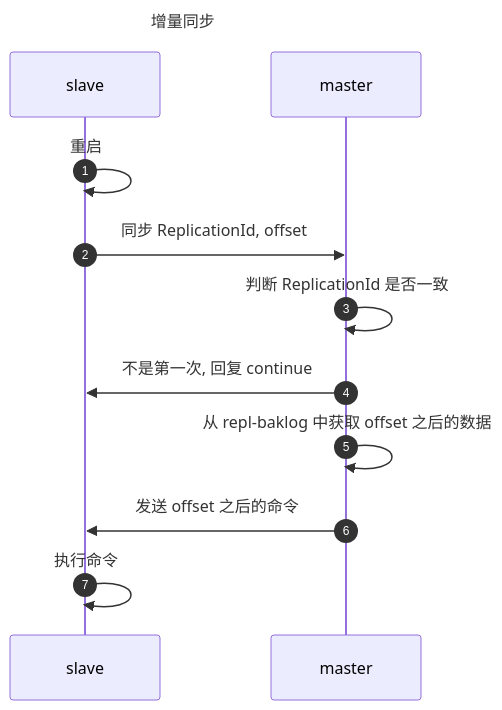
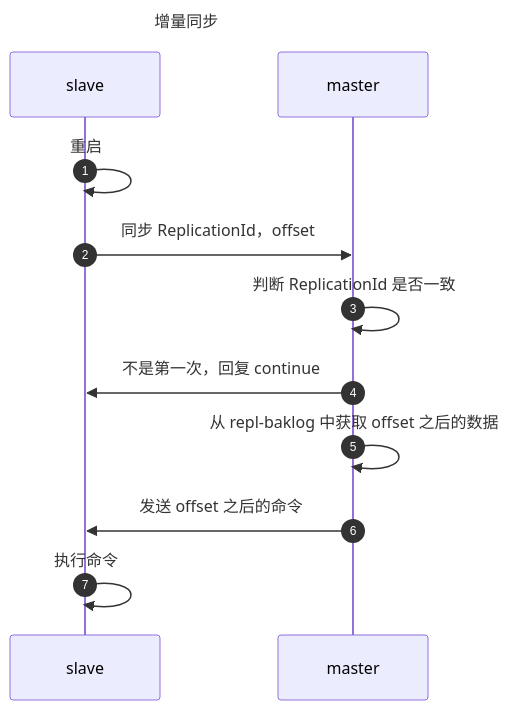
One commit to dingyuqi/keep-it-simple-site changed the second of 2 diagrams in docs/1. 数据库/2024-09-04-Redis 详解.md. Above: the diagram before and after it, drawn with Mermaid. The commit also changed other lines of this file and 2 other files, not shown here.

````diff
--- a/docs/1. 数据库/2024-09-04-Redis 详解.md
+++ b/docs/1. 数据库/2024-09-04-Redis 详解.md
@@ -148,14 +146,14 @@
 ``` mermaid
 ---
 title: 增量同步
 ---
 sequenceDiagram
     autonumber
     slave->>slave: 重启
-    slave->>master: 同步 ReplicationId, offset
+    slave->>master: 同步 ReplicationId，offset
     master->>master: 判断 ReplicationId 是否一致
-    master->>slave: 不是第一次, 回复 continue
+    master->>slave: 不是第一次，回复 continue
     master->>master: 从 repl-baklog 中获取 offset 之后的数据
     master->>slave: 发送 offset 之后的命令
     slave->>slave: 执行命令
 ```
````
